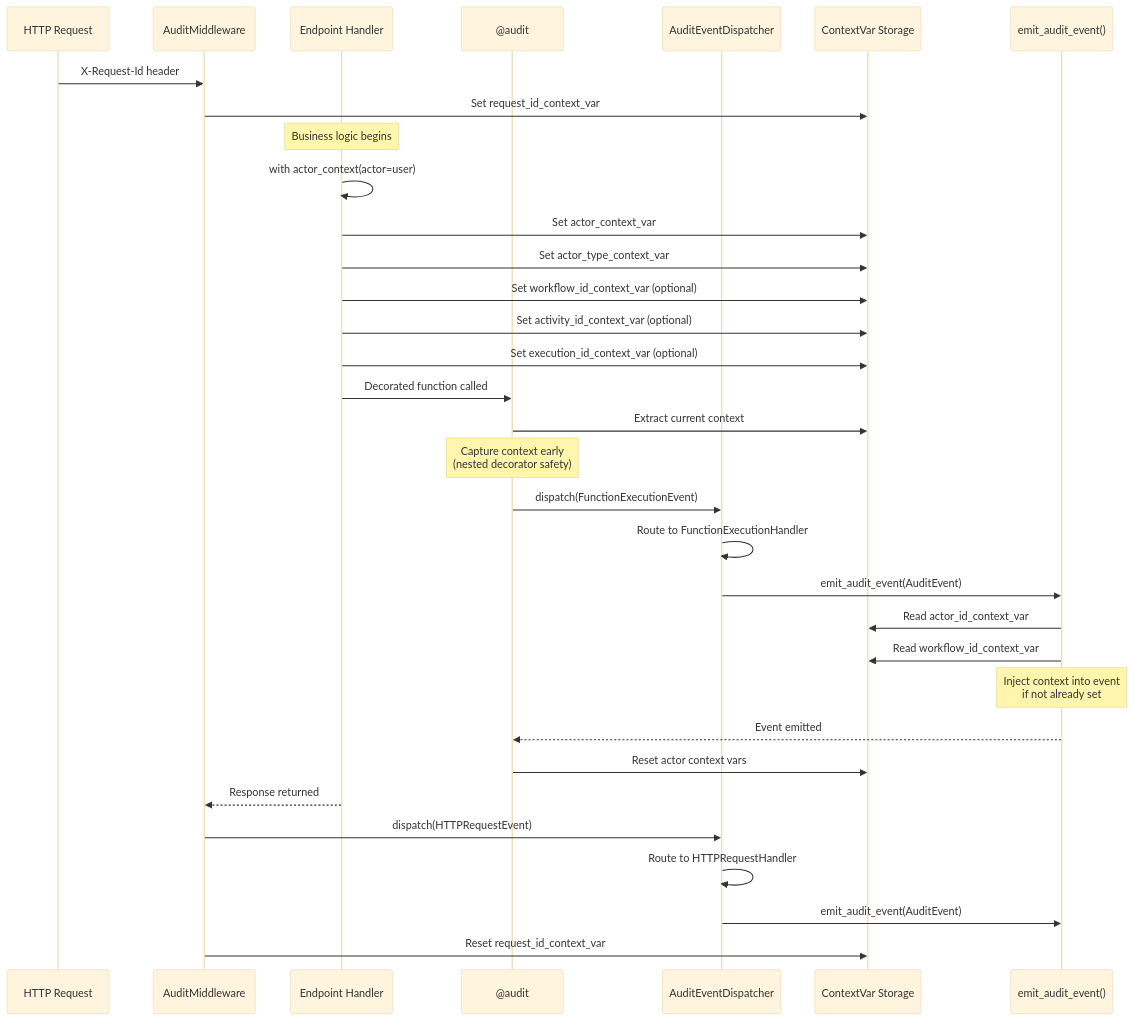
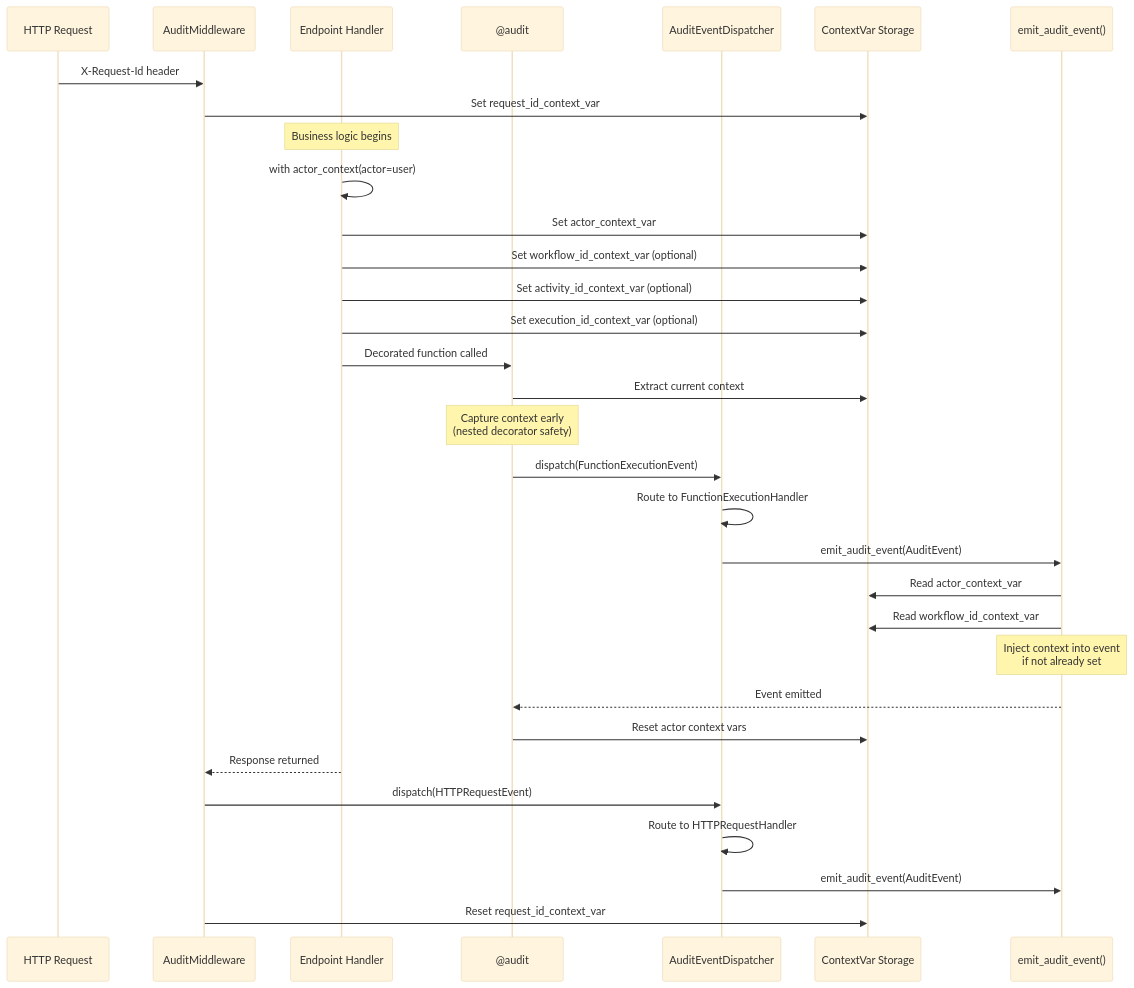
Before and after one commit to alinabuzachis/syntara: the fourth of 6 diagrams in docs/audit.md, drawn with Mermaid (base theme). The commit also changed other lines of this file and 20 other files, not shown here.

Commit message:
feat: AAP-73607: AuditEvents: Replace ContextVar[User | None] with tuple (#877)

````diff
--- a/docs/audit.md
+++ b/docs/audit.md
@@ -281,42 +281,41 @@
 ```mermaid
 sequenceDiagram
     participant Request as HTTP Request
     participant Middleware as AuditMiddleware
     participant Handler as Endpoint Handler
     participant Decorator as @audit
     participant Dispatcher as AuditEventDispatcher
     participant ContextVar as ContextVar Storage
     participant Emitter as emit_audit_event()
 
     Request->>Middleware: X-Request-Id header
     Middleware->>ContextVar: Set request_id_context_var
 
     Note over Handler: Business logic begins
 
     Handler->>Handler: with actor_context(actor=user)
     Handler->>ContextVar: Set actor_context_var
-    Handler->>ContextVar: Set actor_type_context_var
     Handler->>ContextVar: Set workflow_id_context_var (optional)
     Handler->>ContextVar: Set activity_id_context_var (optional)
     Handler->>ContextVar: Set execution_id_context_var (optional)
 
     Handler->>Decorator: Decorated function called
     Decorator->>ContextVar: Extract current context
     Note over Decorator: Capture context early<br/>(nested decorator safety)
     Decorator->>Dispatcher: dispatch(FunctionExecutionEvent)
     Dispatcher->>Dispatcher: Route to FunctionExecutionHandler
     Dispatcher->>Emitter: emit_audit_event(AuditEvent)
 
-    Emitter->>ContextVar: Read actor_id_context_var
+    Emitter->>ContextVar: Read actor_context_var
     Emitter->>ContextVar: Read workflow_id_context_var
     Note over Emitter: Inject context into event<br/>if not already set
 
     Emitter-->>Decorator: Event emitted
     Decorator->>ContextVar: Reset actor context vars
 
     Handler-->>Middleware: Response returned
     Middleware->>Dispatcher: dispatch(HTTPRequestEvent)
     Dispatcher->>Dispatcher: Route to HTTPRequestHandler
     Dispatcher->>Emitter: emit_audit_event(AuditEvent)
     Middleware->>ContextVar: Reset request_id_context_var
 ```
````
